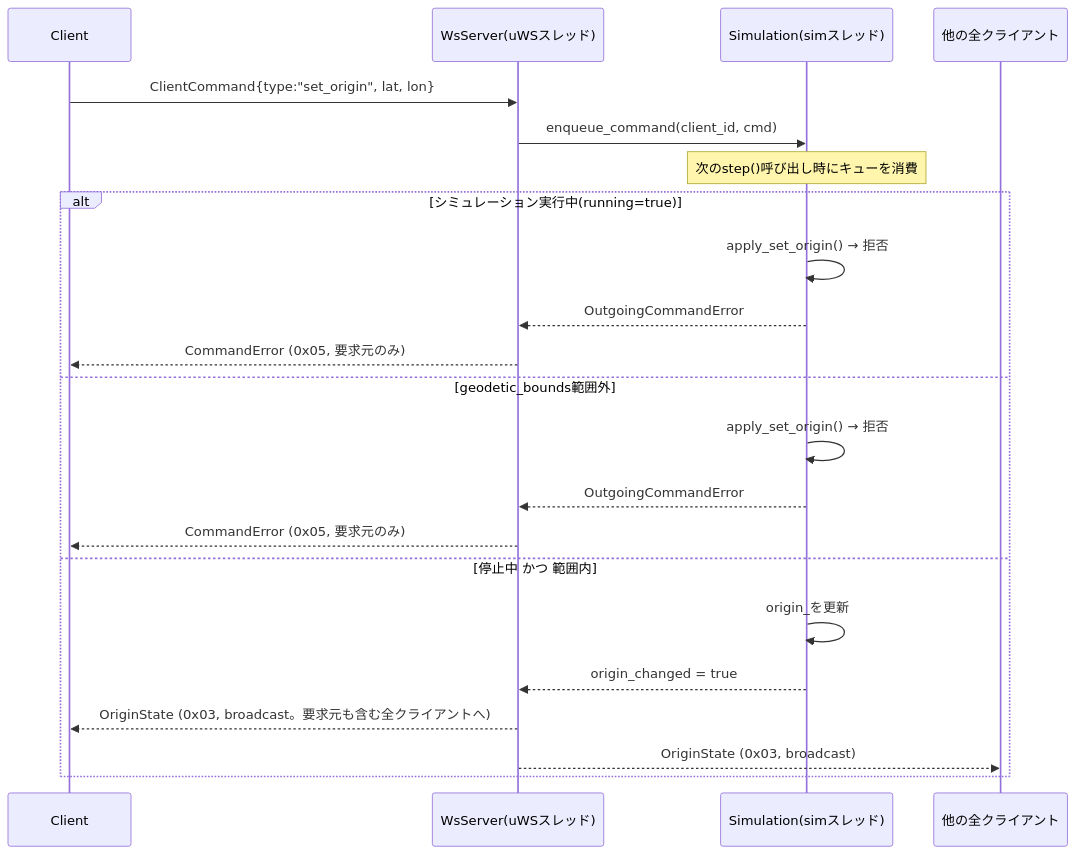
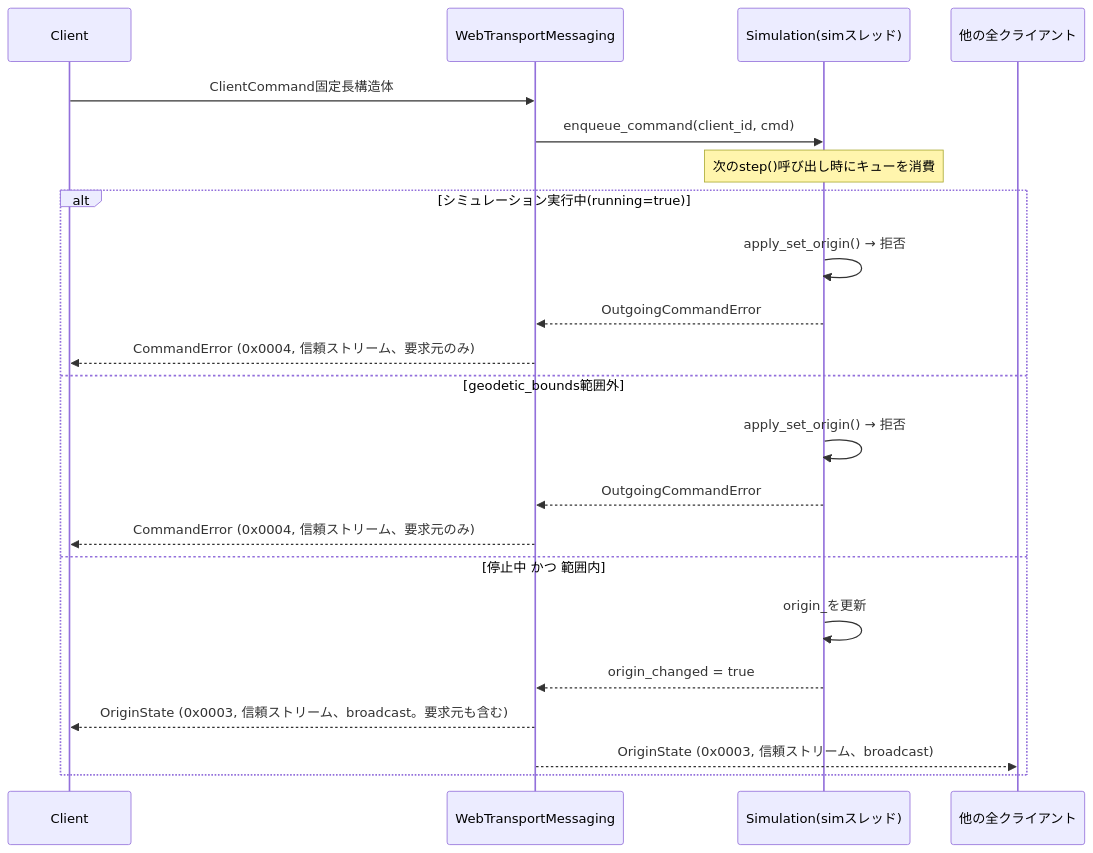
One commit to ham1a6/SimulationView changed the fourth of 11 diagrams in sample/docs/DETAILED_DESIGN.md. Above: the diagram before and after it, drawn with Mermaid. The commit also changed other lines of this file and 25 other files, not shown here.

````diff
--- a/sample/docs/DETAILED_DESIGN.md
+++ b/sample/docs/DETAILED_DESIGN.md
@@ -287,26 +280,26 @@
 ```mermaid
 sequenceDiagram
     participant C as Client
-    participant WS as WsServer(uWSスレッド)
+    participant WT as WebTransportMessaging
     participant Sim as Simulation(simスレッド)
     participant All as 他の全クライアント
 
-    C->>WS: ClientCommand{type:"set_origin", lat, lon}
-    WS->>Sim: enqueue_command(client_id, cmd)
+    C->>WT: ClientCommand固定長構造体
+    WT->>Sim: enqueue_command(client_id, cmd)
     Note over Sim: 次のstep()呼び出し時にキューを消費
 
     alt シミュレーション実行中(running=true)
         Sim->>Sim: apply_set_origin() → 拒否
-        Sim-->>WS: OutgoingCommandError
-        WS-->>C: CommandError (0x05, 要求元のみ)
+        Sim-->>WT: OutgoingCommandError
+        WT-->>C: CommandError (0x0004, 信頼ストリーム、要求元のみ)
     else geodetic_bounds範囲外
         Sim->>Sim: apply_set_origin() → 拒否
-        Sim-->>WS: OutgoingCommandError
-        WS-->>C: CommandError (0x05, 要求元のみ)
+        Sim-->>WT: OutgoingCommandError
+        WT-->>C: CommandError (0x0004, 信頼ストリーム、要求元のみ)
     else 停止中 かつ 範囲内
         Sim->>Sim: origin_を更新
-        Sim-->>WS: origin_changed = true
-        WS-->>C: OriginState (0x03, broadcast。要求元も含む全クライアントへ)
-        WS-->>All: OriginState (0x03, broadcast)
+        Sim-->>WT: origin_changed = true
+        WT-->>C: OriginState (0x0003, 信頼ストリーム、broadcast。要求元も含む)
+        WT-->>All: OriginState (0x0003, 信頼ストリーム、broadcast)
     end
 ```
````
